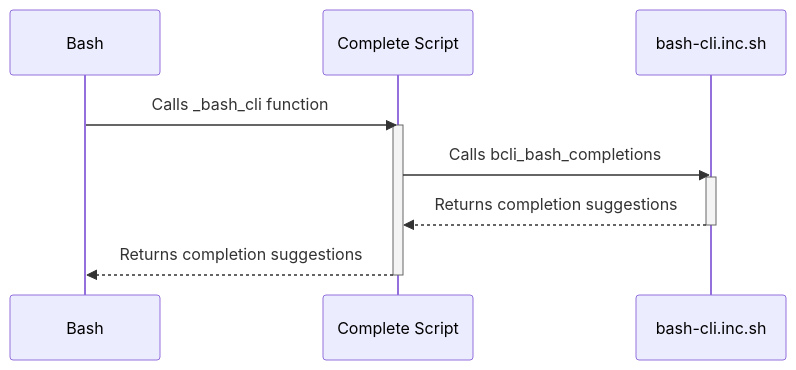
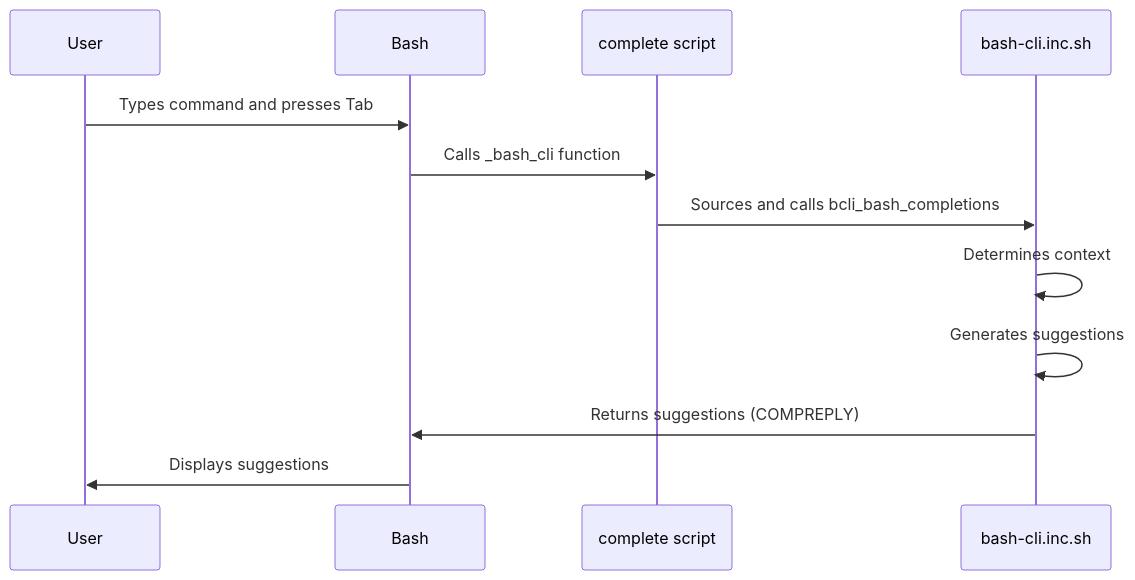
One commit to aireilly/bash-cli-docs-test changed the diagram in docs/04_bash_completion_logic_.md. Above: the diagram before and after it, drawn with Mermaid. The commit also changed other lines of this file and 6 other files, not shown here.

````diff
--- a/docs/04_bash_completion_logic_.md
+++ b/docs/04_bash_completion_logic_.md
@@ -86,15 +62,15 @@
 ```mermaid
 sequenceDiagram
+    participant User
     participant Bash
-    participant Complete Script
+    participant complete script
     participant bash-cli.inc.sh
 
-    Bash->>Complete Script: Calls _bash_cli function
-    activate Complete Script
-    Complete Script->>bash-cli.inc.sh: Calls bcli_bash_completions
-    activate bash-cli.inc.sh
-    bash-cli.inc.sh-->>Complete Script: Returns completion suggestions
-    deactivate bash-cli.inc.sh
-    Complete Script-->>Bash: Returns completion suggestions
-    deactivate Complete Script
+    User->>Bash: Types command and presses Tab
+    Bash->>complete script: Calls _bash_cli function
+    complete script->>bash-cli.inc.sh: Sources and calls bcli_bash_completions
+    bash-cli.inc.sh->>bash-cli.inc.sh: Determines context
+    bash-cli.inc.sh->>bash-cli.inc.sh: Generates suggestions
+    bash-cli.inc.sh->>Bash: Returns suggestions (COMPREPLY)
+    Bash->>User: Displays suggestions
 ```
````
